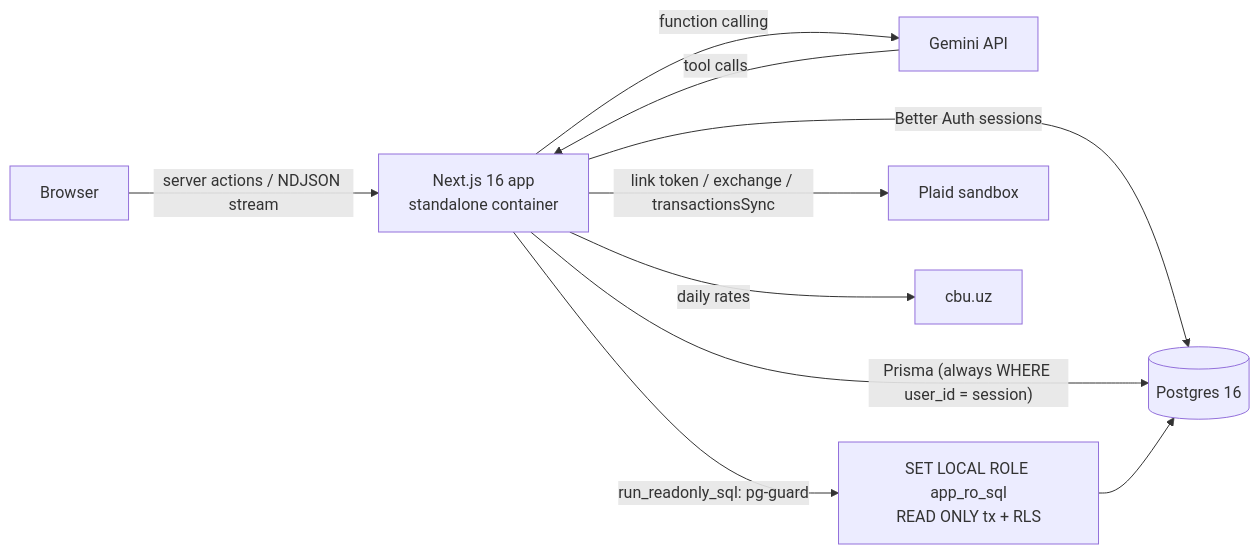
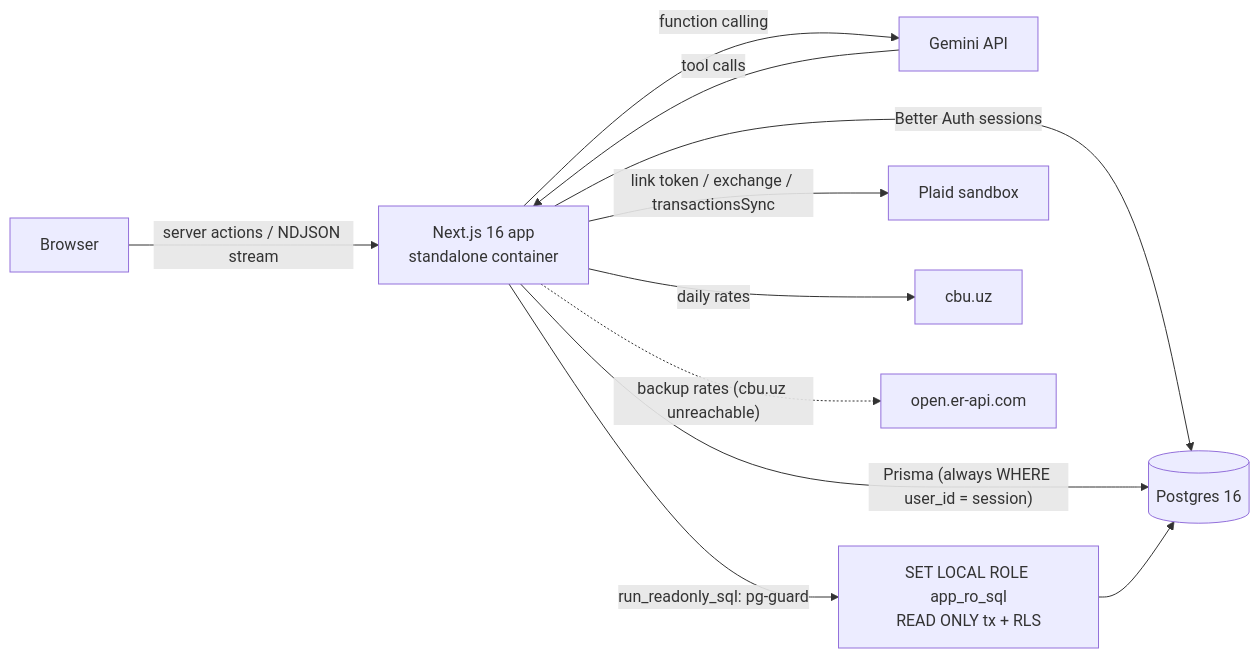
One commit to azizbeksiddikov/tuja changed the diagram in README.md. Above: the diagram before and after it, drawn with Mermaid. The commit also changed other lines of this file and 11 other files, not shown here.

````diff
--- a/README.md
+++ b/README.md
@@ -57,12 +75,13 @@
 ```mermaid
 flowchart LR
   B[Browser] -->|server actions / NDJSON stream| N[Next.js 16 app<br/>standalone container]
   N -->|Better Auth sessions| PG[(Postgres 16)]
   N -->|"Prisma (always WHERE user_id = session)"| PG
   N -->|function calling| G[Gemini API]
   G -->|tool calls| N
   N -->|"run_readonly_sql: pg-guard"| RO["SET LOCAL ROLE app_ro_sql<br/>READ ONLY tx + RLS"]
   RO --> PG
   N -->|link token / exchange / transactionsSync| P[Plaid sandbox]
   N -->|daily rates| C[cbu.uz]
+  N -.->|"backup rates (cbu.uz unreachable)"| E[open.er-api.com]
 ```
````
